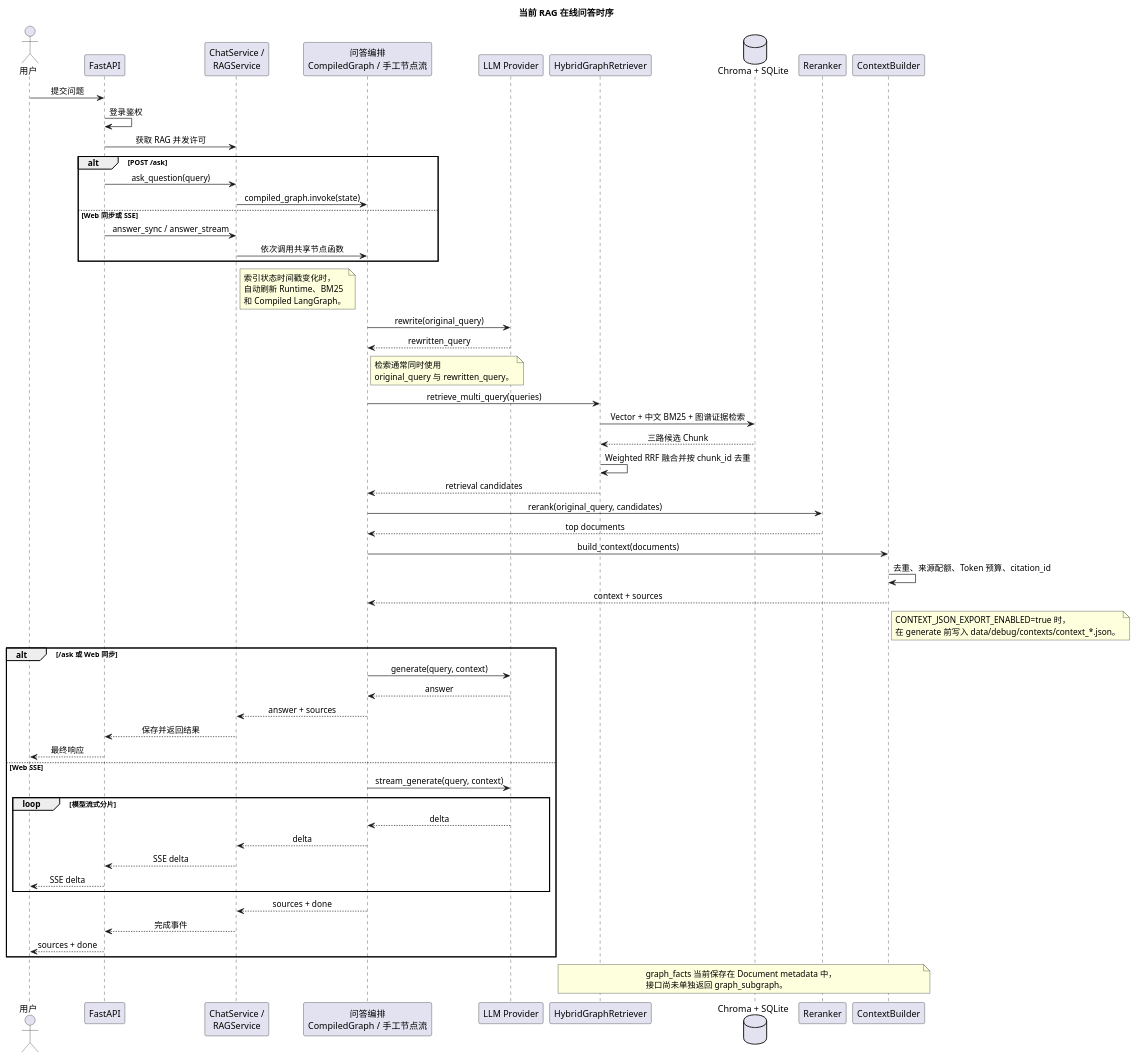
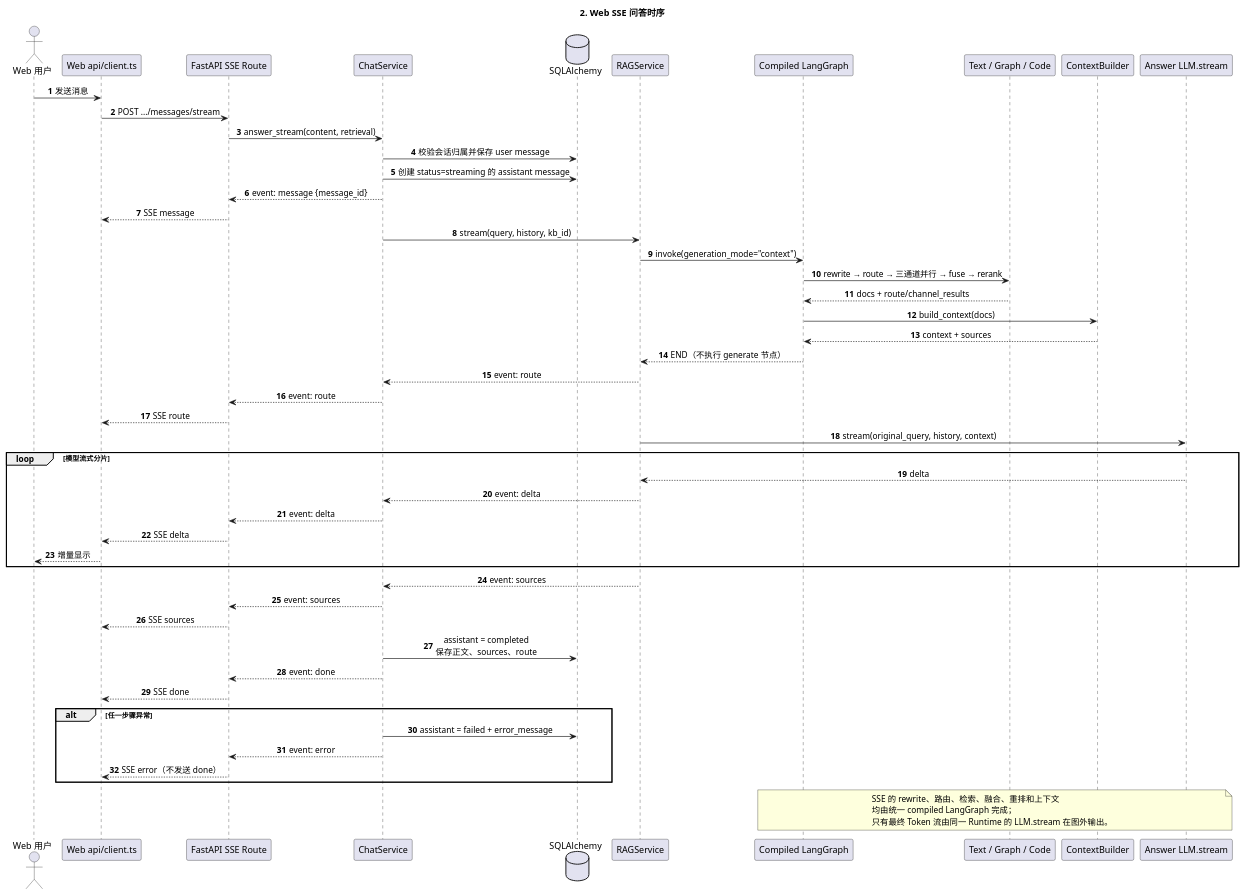
The second of 6 diagrams in RAG时序图.puml (wangchuanbo123/ragflow-enterprise), drawn with PlantUML before and after one commit. The commit also changed other lines of this file and 151 other files, not shown here.

```diff
--- a/RAG时序图.puml
+++ b/RAG时序图.puml
@@ -1,84 +114,66 @@
-@startuml
-title 当前 RAG 在线问答时序
+@startuml RAG_SSE_Question
+title 2. Web SSE 问答时序
 
-skinparam backgroundColor white
+skinparam backgroundColor #FFFFFF
 skinparam shadowing false
 skinparam sequenceMessageAlign center
+autonumber
 
-actor "用户" as User
-participant "FastAPI" as API
-participant "ChatService /\nRAGService" as Service
-participant "问答编排\nCompiledGraph / 手工节点流" as Flow
-participant "LLM Provider" as LLM
-participant "HybridGraphRetriever" as Retriever
-database "Chroma + SQLite" as Stores
-participant "Reranker" as Reranker
+actor "Web 用户" as User
+participant "Web api/client.ts" as Web
+participant "FastAPI SSE Route" as API
+participant "ChatService" as Chat
+database "SQLAlchemy" as SQL
+participant "RAGService" as RAG
+participant "Compiled LangGraph" as Graph
+participant "Text / Graph / Code" as Retrieval
 participant "ContextBuilder" as Context
+participant "Answer LLM.stream" as LLM
 
-User -> API : 提交问题
-API -> API : 登录鉴权
-API -> Service : 获取 RAG 并发许可
+User -> Web : 发送消息
+Web -> API : POST .../messages/stream
+API -> Chat : answer_stream(content, retrieval)
+Chat -> SQL : 校验会话归属并保存 user message
+Chat -> SQL : 创建 status=streaming 的 assistant message
+Chat --> API : event: message {message_id}
+API --> Web : SSE message
 
-alt POST /ask
-  API -> Service : ask_question(query)
-  Service -> Flow : compiled_graph.invoke(state)
-else Web 同步或 SSE
-  API -> Service : answer_sync / answer_stream
-  Service -> Flow : 依次调用共享节点函数
+Chat -> RAG : stream(query, history, kb_id)
+RAG -> Graph : invoke(generation_mode="context")
+Graph -> Retrieval : rewrite → route → 三通道并行 → fuse → rerank
+Retrieval --> Graph : docs + route/channel_results
+Graph -> Context : build_context(docs)
+Context --> Graph : context + sources
+Graph --> RAG : END（不执行 generate 节点）
+
+RAG --> Chat : event: route
+Chat --> API : event: route
+API --> Web : SSE route
+RAG -> LLM : stream(original_query, history, context)
+loop 模型流式分片
+  LLM --> RAG : delta
+  RAG --> Chat : event: delta
+  Chat --> API : event: delta
+  API --> Web : SSE delta
+  Web --> User : 增量显示
+end
+RAG --> Chat : event: sources
+Chat --> API : event: sources
+API --> Web : SSE sources
+Chat -> SQL : assistant = completed\n保存正文、sources、route
+Chat --> API : event: done
+API --> Web : SSE done
+
+alt 任一步骤异常
+  Chat -> SQL : assistant = failed + error_message
+  Chat --> API : event: error
+  API --> Web : SSE error（不发送 done）
 end
 
-note right of Service
-索引状态时间戳变化时，
-自动刷新 Runtime、BM25
-和 Compiled LangGraph。
-end note
-
-Flow -> LLM : rewrite(original_query)
-LLM --> Flow : rewritten_query
-note right of Flow
-检索通常同时使用
-original_query 与 rewritten_query。
-end note
-
-Flow -> Retriever : retrieve_multi_query(queries)
-Retriever -> Stores : Vector + 中文 BM25 + 图谱证据检索
-Stores --> Retriever : 三路候选 Chunk
-Retriever -> Retriever : Weighted RRF 融合并按 chunk_id 去重
-Retriever --> Flow : retrieval candidates
-
-Flow -> Reranker : rerank(original_query, candidates)
-Reranker --> Flow : top documents
-
-Flow -> Context : build_context(documents)
-Context -> Context : 去重、来源配额、Token 预算、citation_id
-Context --> Flow : context + sources
-note right of Context
-CONTEXT_JSON_EXPORT_ENABLED=true 时，
-在 generate 前写入 data/debug/contexts/context_*.json。
-end note
-
-alt /ask 或 Web 同步
-  Flow -> LLM : generate(query, context)
-  LLM --> Flow : answer
-  Flow --> Service : answer + sources
-  Service --> API : 保存并返回结果
-  API --> User : 最终响应
-else Web SSE
-  Flow -> LLM : stream_generate(query, context)
-  loop 模型流式分片
-    LLM --> Flow : delta
-    Flow --> Service : delta
-    Service --> API : SSE delta
-    API --> User : SSE delta
-  end
-  Flow --> Service : sources + done
-  Service --> API : 完成事件
-  API --> User : sources + done
-end
-
-note over Retriever,Context
-graph_facts 当前保存在 Document metadata 中，
-接口尚未单独返回 graph_subgraph。
+note over Graph,LLM
+  SSE 的 rewrite、路由、检索、融合、重排和上下文
+  均由统一 compiled LangGraph 完成；
+  只有最终 Token 流由同一 Runtime 的 LLM.stream 在图外输出。
 end note
 
 @enduml
```
